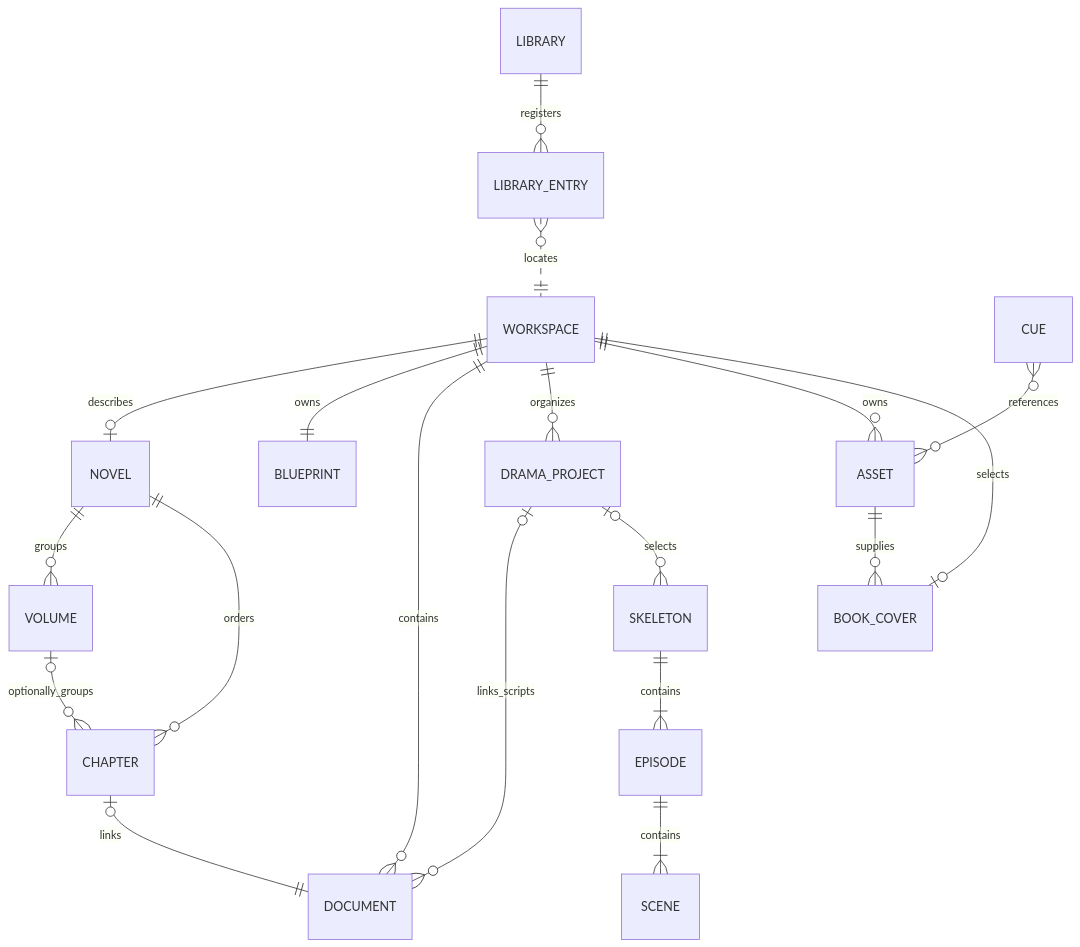
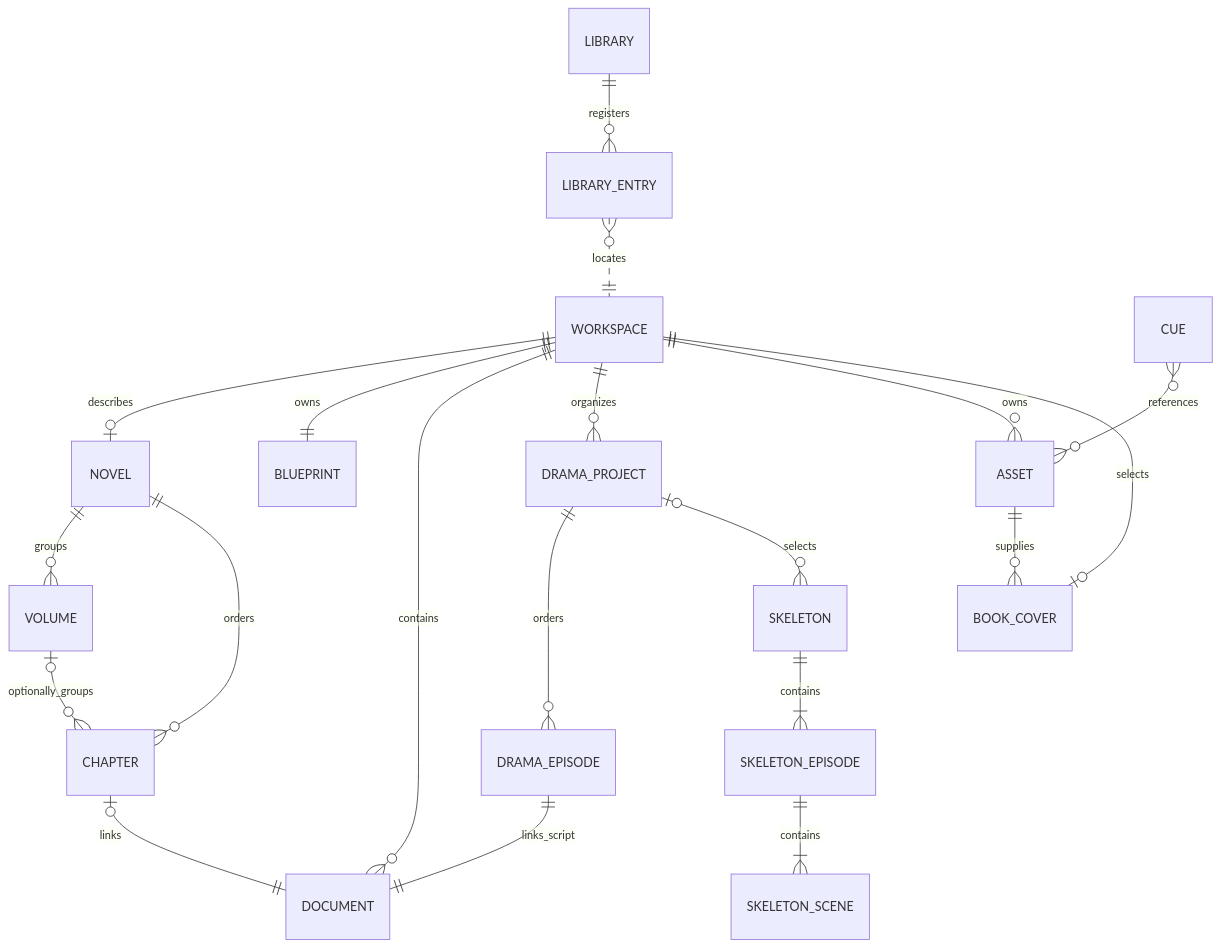
Before and after one commit to limecloud/hetu: the first of 3 diagrams in docs/29-数据字典与Schema设计.md, drawn with Mermaid. The commit also changed other lines of this file and 993 other files, not shown here.

````diff
--- a/docs/29-数据字典与Schema设计.md
+++ b/docs/29-数据字典与Schema设计.md
@@ -183,21 +190,22 @@
 ```mermaid
 erDiagram
     LIBRARY ||--o{ LIBRARY_ENTRY : registers
     LIBRARY_ENTRY }o..|| WORKSPACE : locates
     WORKSPACE ||--o| NOVEL : describes
     NOVEL ||--o{ VOLUME : groups
     NOVEL ||--o{ CHAPTER : orders
     VOLUME |o--o{ CHAPTER : optionally_groups
     CHAPTER |o--|| DOCUMENT : links
     WORKSPACE ||--|| BLUEPRINT : owns
     WORKSPACE ||--o{ DOCUMENT : contains
     WORKSPACE ||--o{ DRAMA_PROJECT : organizes
-    DRAMA_PROJECT |o--o{ DOCUMENT : links_scripts
+    DRAMA_PROJECT ||--o{ DRAMA_EPISODE : orders
+    DRAMA_EPISODE ||--|| DOCUMENT : links_script
     DRAMA_PROJECT |o--o{ SKELETON : selects
-    SKELETON ||--|{ EPISODE : contains
-    EPISODE ||--|{ SCENE : contains
+    SKELETON ||--|{ SKELETON_EPISODE : contains
+    SKELETON_EPISODE ||--|{ SKELETON_SCENE : contains
     WORKSPACE ||--o{ ASSET : owns
     WORKSPACE ||--o| BOOK_COVER : selects
     ASSET ||--o{ BOOK_COVER : supplies
     CUE }o--o{ ASSET : references
 ```
````
